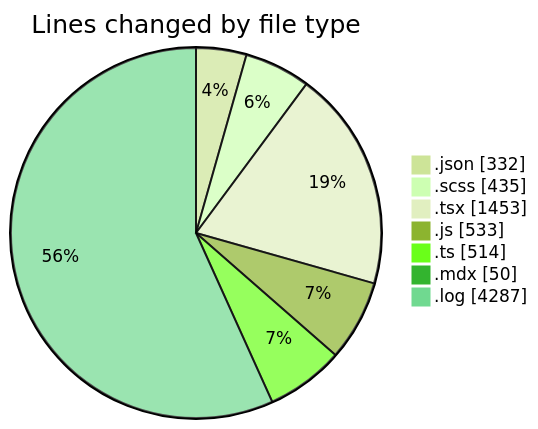
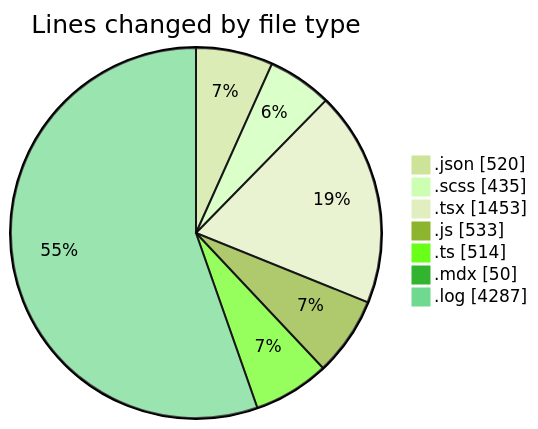
One commit to momahboobian/code-tracking changed the first of 2 diagrams in 2026-04-20/cda/README.md. Above: the diagram before and after it, drawn with Mermaid (forest theme). The commit also changed other lines of this file and 1 other file, not shown here.

````diff
--- a/2026-04-20/cda/README.md
+++ b/2026-04-20/cda/README.md
@@ -40,11 +40,11 @@
 ```mermaid
 pie showData
 title Lines changed by file type
-".json" : 332
+".json" : 520
 ".scss" : 435
 ".tsx" : 1453
 ".js" : 533
 ".ts" : 514
 ".mdx" : 50
 ".log" : 4287
 ```
````
